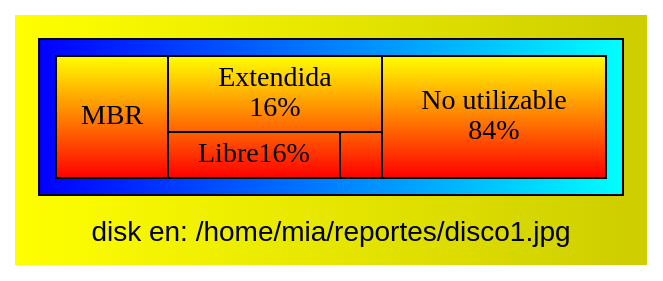
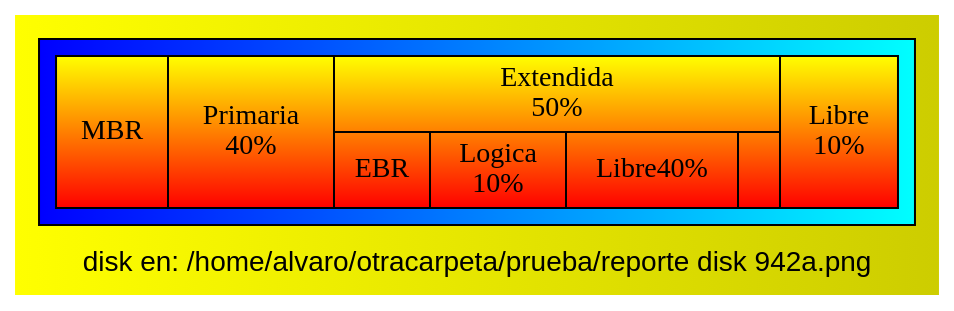
Before and after one commit to Alvaro-SP/-MIA-B-_Proyecto1_202000194: the diagram in src/REPORTE_DISKS_202000194.dot, drawn with Graphviz. The commit also changed 23 other files, not shown here.

```diff
--- a/src/REPORTE_DISKS_202000194.dot
+++ b/src/REPORTE_DISKS_202000194.dot
@@ -1,15 +1,15 @@
 digraph migraph{
      bgcolor="yellow:yellow3"    
  gradientangle=0   
- label="disk en: /home/mia/reportes/disco1.jpg"  
+ label="disk en: /home/alvaro/otracarpeta/prueba/reporte disk 942a.png"  
   fontcolor="black"  
   fontname="Helvetica,Arial,sans-serif"
  subgraph cluster1 {
  fillcolor="blue:cyan"
  label=""
  fontcolor="white"
  style="filled"
   node[shape=record fillcolor="red:yellow" style="filled" gradientangle=90]
- nod[label="MBR \n | { Extendida \n 16% | {Libre16% | } } | No utilizable \n 84%" ];
+ nod[label="MBR \n | Primaria \n 40%| { Extendida \n 50% | {EBR | Logica \n10% |Libre40% | } } | Libre \n 10%" ];
 }
 }
```
